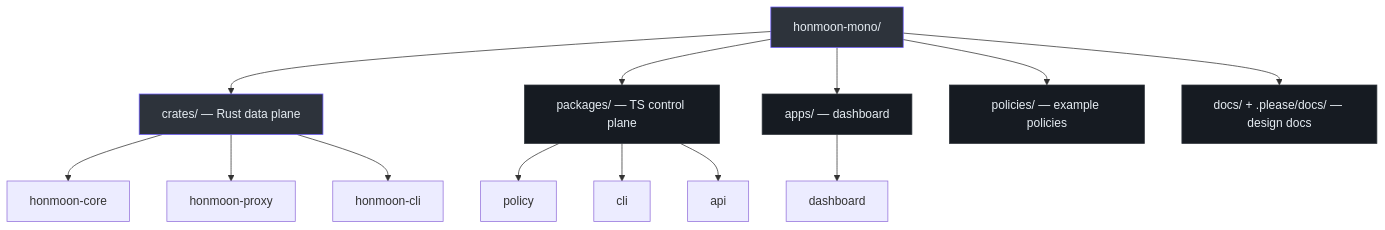
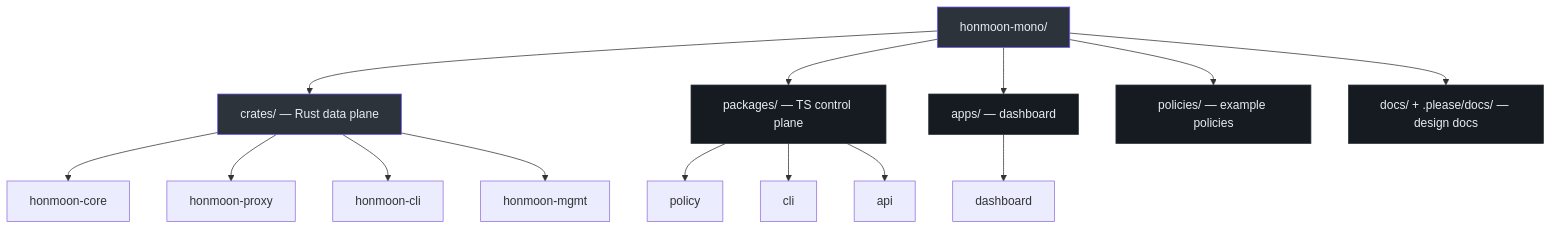
Before and after one commit to pleaseai/honmoon: the second of 2 diagrams in wiki/getting-started/installation.md, drawn with Mermaid. The commit also changed other lines of this file and 19 other files, not shown here.

Commit message:
docs(wiki): refresh for Phase 4 (pause approval, audit log, dashboard, honmoon-mgmt)

````diff
--- a/wiki/getting-started/installation.md
+++ b/wiki/getting-started/installation.md
@@ -102,22 +102,23 @@
 ```mermaid
 flowchart TB
   root["honmoon-mono/"]
   root --> crates["crates/ — Rust data plane"]
   root --> packages["packages/ — TS control plane"]
   root --> apps["apps/ — dashboard"]
   root --> policies["policies/ — example policies"]
   root --> docs["docs/ + .please/docs/ — design docs"]
   crates --> c1["honmoon-core"]
   crates --> c2["honmoon-proxy"]
   crates --> c3["honmoon-cli"]
+  crates --> c4["honmoon-mgmt"]
   packages --> p1["policy"]
   packages --> p2["cli"]
   packages --> p3["api"]
   apps --> d1["dashboard"]
   style root fill:#2d333b,stroke:#6d5dfc,color:#e6edf3
   style crates fill:#2d333b,stroke:#6d5dfc,color:#e6edf3
   style packages fill:#161b22,stroke:#30363d,color:#e6edf3
   style apps fill:#161b22,stroke:#30363d,color:#e6edf3
   style policies fill:#161b22,stroke:#30363d,color:#e6edf3
   style docs fill:#161b22,stroke:#30363d,color:#e6edf3
 ```
````
